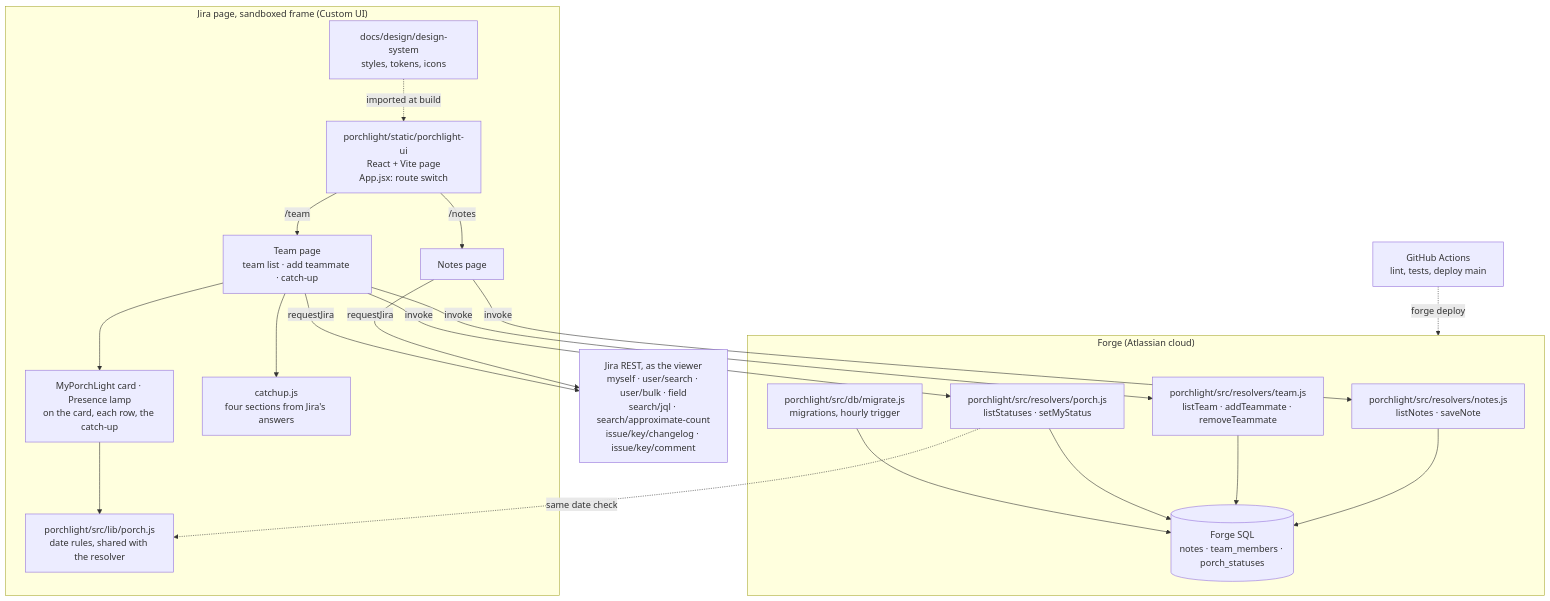
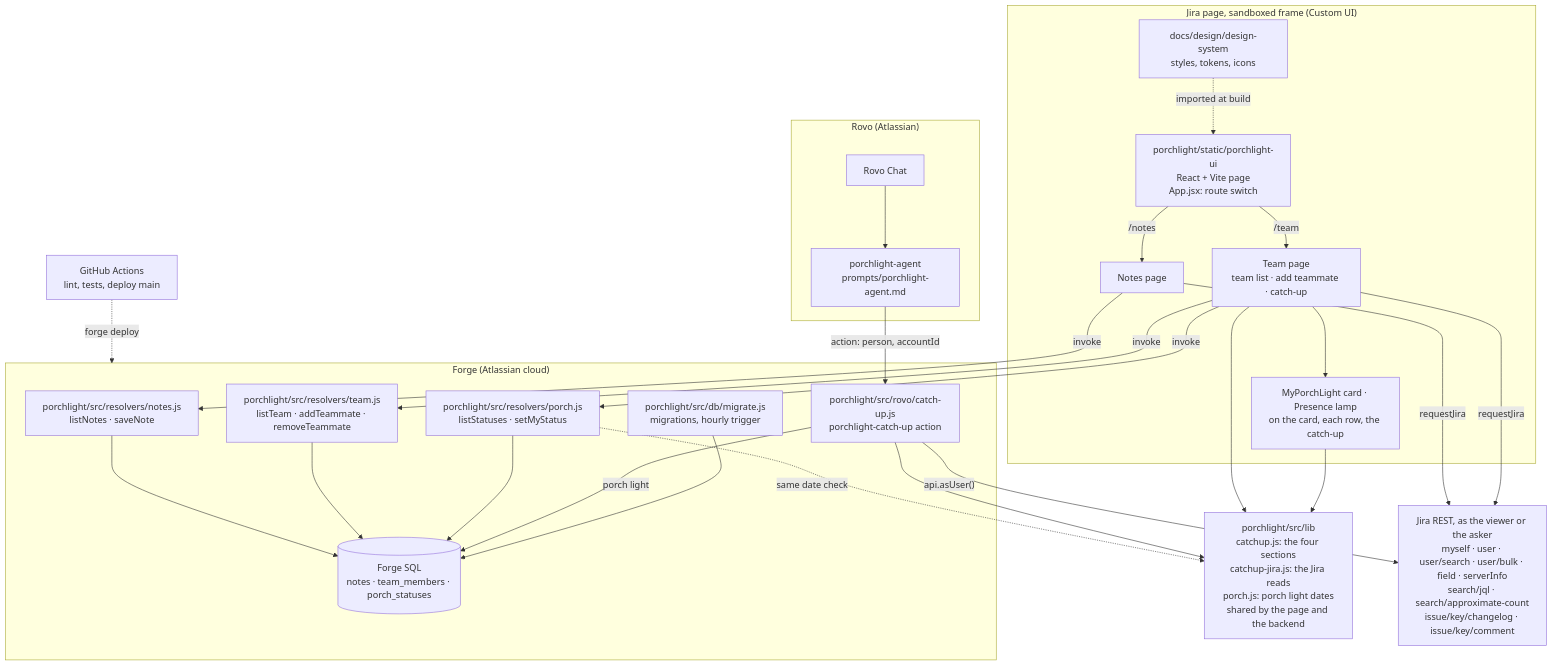
Before and after one commit to dzaffren/porchlight: the second of 3 diagrams in docs/ARCHITECTURE.md, drawn with Mermaid. The commit also changed other lines of this file and 26 other files, not shown here.

First line of the commit message:
feat(porchlight): ask a Rovo agent to catch you up on a teammate

````diff
--- a/docs/ARCHITECTURE.md
+++ b/docs/ARCHITECTURE.md
@@ -14,35 +14,42 @@
 ```mermaid
 flowchart TB
     subgraph Browser["Jira page, sandboxed frame (Custom UI)"]
         RS["porchlight/static/porchlight-ui<br/>React + Vite page<br/>App.jsx: route switch"]
         TP["Team page<br/>team list · add teammate · catch-up"]
         PL["MyPorchLight card · Presence lamp<br/>on the card, each row, the catch-up"]
         NP["Notes page"]
-        CU["catchup.js<br/>four sections from Jira's answers"]
         DS["docs/design/design-system<br/>styles, tokens, icons"]
-        LIB["porchlight/src/lib/porch.js<br/>date rules, shared with the resolver"]
         RS -- "/team" --> TP
         RS -- "/notes" --> NP
-        TP --> CU
         TP --> PL
-        PL --> LIB
         DS -. "imported at build" .-> RS
     end
+    subgraph Rovo["Rovo (Atlassian)"]
+        RC["Rovo Chat"] --> AG["porchlight-agent<br/>prompts/porchlight-agent.md"]
+    end
+    LIB["porchlight/src/lib<br/>catchup.js: the four sections<br/>catchup-jira.js: the Jira reads<br/>porch.js: porch light dates<br/>shared by the page and the backend"]
     subgraph Forge["Forge (Atlassian cloud)"]
         RN["porchlight/src/resolvers/notes.js<br/>listNotes · saveNote"]
         RT["porchlight/src/resolvers/team.js<br/>listTeam · addTeammate · removeTeammate"]
         RP["porchlight/src/resolvers/porch.js<br/>listStatuses · setMyStatus"]
+        RV["porchlight/src/rovo/catch-up.js<br/>porchlight-catch-up action"]
         M["porchlight/src/db/migrate.js<br/>migrations, hourly trigger"]
         SQL[("Forge SQL<br/>notes · team_members · porch_statuses")]
     end
-    J["Jira REST, as the viewer<br/>myself · user/search · user/bulk · field<br/>search/jql · search/approximate-count<br/>issue/key/changelog · issue/key/comment"]
+    J["Jira REST, as the viewer or the asker<br/>myself · user · user/search · user/bulk · field · serverInfo<br/>search/jql · search/approximate-count<br/>issue/key/changelog · issue/key/comment"]
     CI["GitHub Actions<br/>lint, tests, deploy main"]
     NP -- "invoke" --> RN --> SQL
     TP -- "invoke" --> RT --> SQL
     TP -- "invoke" --> RP --> SQL
+    TP --> LIB
+    PL --> LIB
     RP -. "same date check" .-> LIB
+    AG -- "action: person, accountId" --> RV
+    RV --> LIB
+    RV -- "porch light" --> SQL
     M --> SQL
     NP -- "requestJira" --> J
     TP -- "requestJira" --> J
+    RV -- "api.asUser()" --> J
     CI -. "forge deploy" .-> Forge
 ```
````
